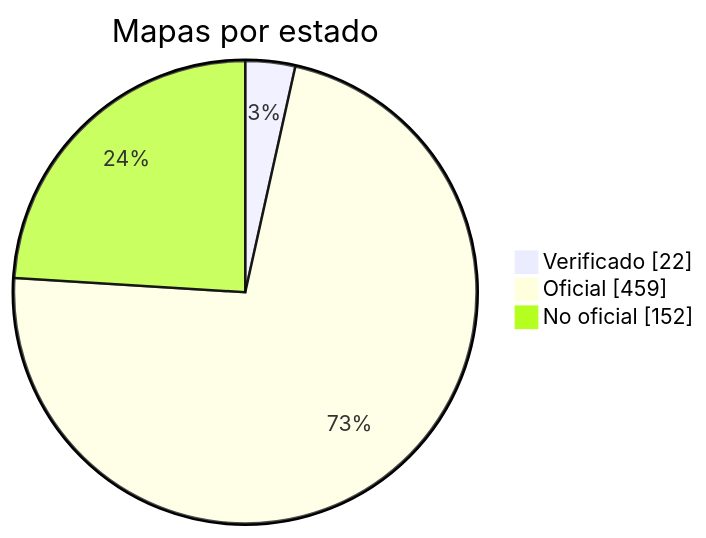
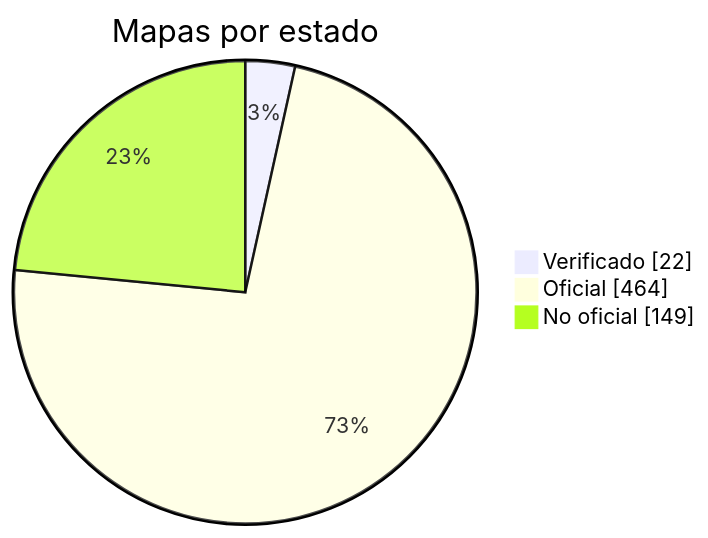
Before and after one commit to nobrega8/mbmap-library: the diagram in docs/readme/README_ES.md, drawn with Mermaid. The commit also changed 4 other files, not shown here.

````diff
--- a/docs/readme/README_ES.md
+++ b/docs/readme/README_ES.md
@@ -54,7 +54,7 @@
 ```mermaid
 pie showData
     title Mapas por estado
     "Verificado" : 22
-    "Oficial" : 459
-    "No oficial" : 152
+    "Oficial" : 464
+    "No oficial" : 149
 ```
````
